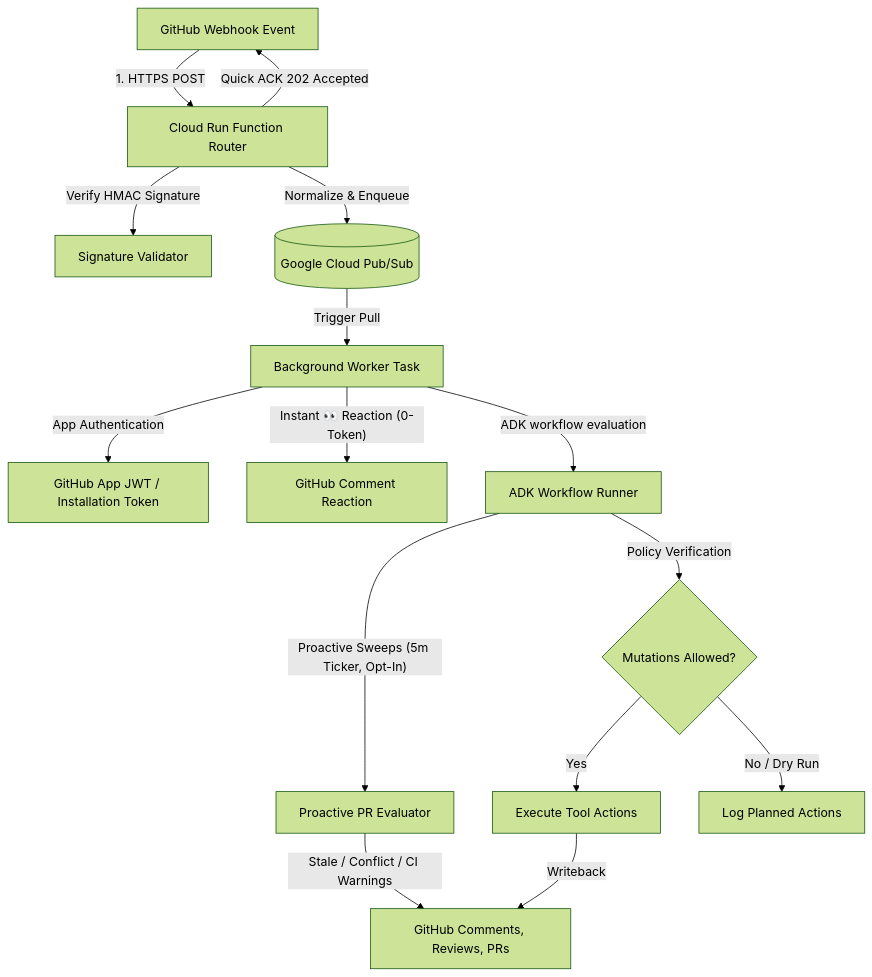
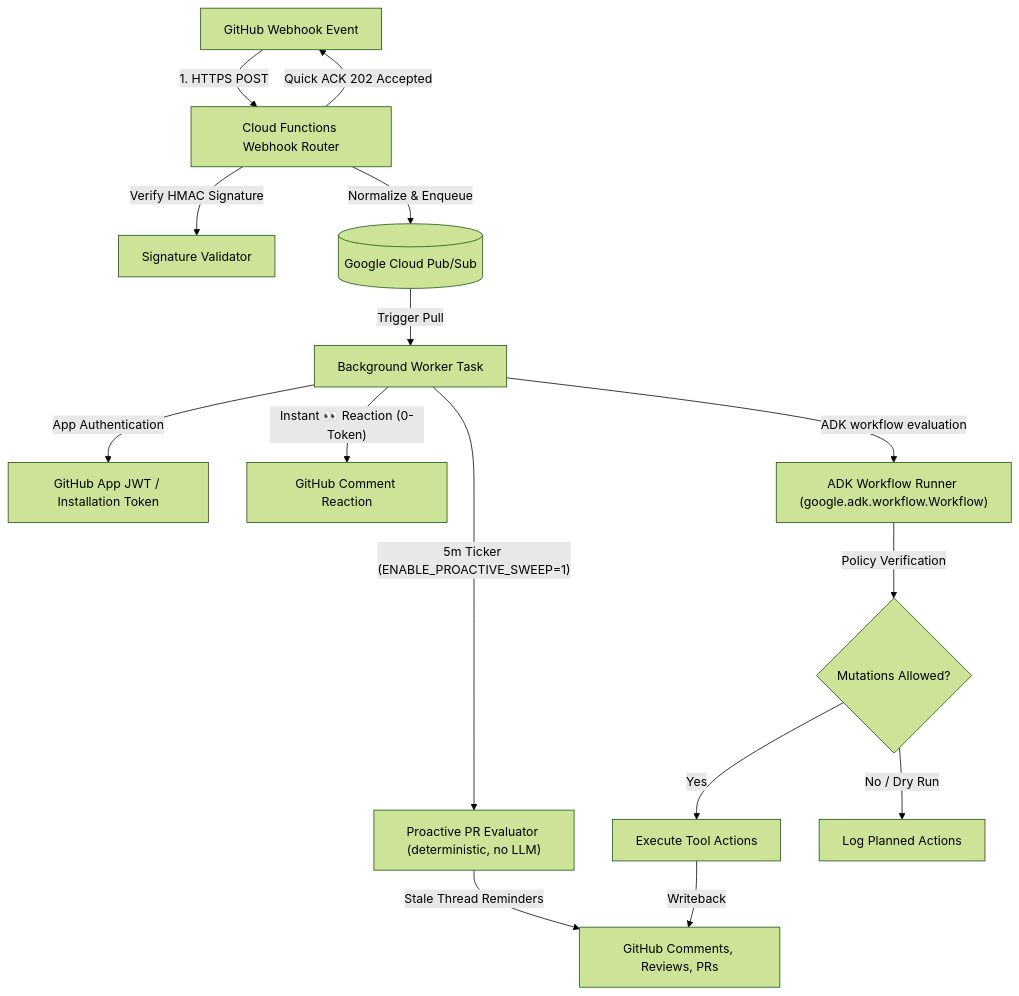
One commit to cgj8702-org/hannibal-hub-agents changed the diagram in README.md. Above: the diagram before and after it, drawn with Mermaid (forest theme). The commit also changed other lines of this file, not shown here.

First line of the commit message:
docs(readme): correct proactive sweep scope, grounding default, and router structure

````diff
--- a/README.md
+++ b/README.md
@@ -11,20 +11,20 @@
 ```mermaid
 flowchart TD
-    GH["GitHub Webhook Event"] -->|"1. HTTPS POST"| Router["Cloud Run Function Router"]
+    GH["GitHub Webhook Event"] -->|"1. HTTPS POST"| Router["Cloud Functions Webhook Router"]
     Router -->|"Verify HMAC Signature"| Auth["Signature Validator"]
     Router -->|"Quick ACK 202 Accepted"| GH
     Router -->|"Normalize & Enqueue"| Queue[("Google Cloud Pub/Sub")]
     
     Queue -->|"Trigger Pull"| Worker["Background Worker Task"]
     Worker -->|"App Authentication"| Creds["GitHub App JWT / Installation Token"]
     Worker -->|"Instant 👀 Reaction (0-Token)"| GH_React["GitHub Comment Reaction"]
-    Worker -->|"ADK workflow evaluation"| StateGraph["ADK Workflow Runner"]
-    StateGraph -->|"Proactive Sweeps (5m Ticker, Opt-In)"| Proactive["Proactive PR Evaluator"]
-    Proactive -->|"Stale / Conflict / CI Warnings"| GH_Write
+    Worker -->|"ADK workflow evaluation"| StateGraph["ADK Workflow Runner (google.adk.workflow.Workflow)"]
+    Worker -->|"5m Ticker (ENABLE_PROACTIVE_SWEEP=1)"| Proactive["Proactive PR Evaluator (deterministic, no LLM)"]
+    Proactive -->|"Stale Thread Reminders"| GH_Write
     
     StateGraph -->|"Policy Verification"| Policy{"Mutations Allowed?"}
     Policy -->|"Yes"| Exec["Execute Tool Actions"]
     Policy -->|"No / Dry Run"| Log["Log Planned Actions"]
     
     Exec -->|"Writeback"| GH_Write["GitHub Comments, Reviews, PRs"]
 ```
````
